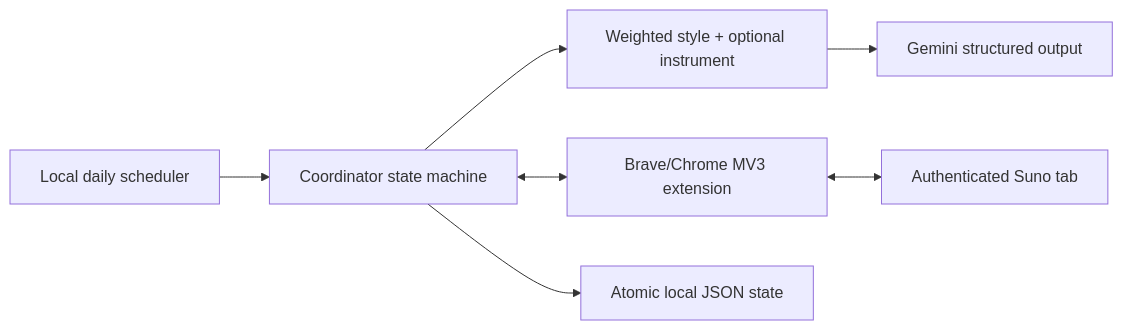
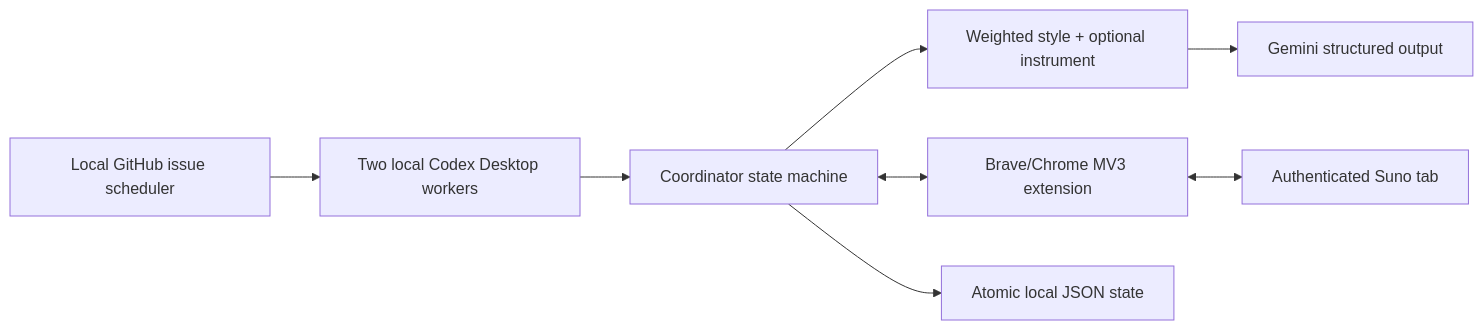
One commit to h-4vok/suno-automation changed the diagram in docs/architecture.md. Above: the diagram before and after it, drawn with Mermaid. The commit also changed other lines of this file and 2 other files, not shown here.

Commit message:
docs(loop): clarify local worker flow
Define GitHub polling, two pre-existing worktrees, and automatic assignment for codex-ready issues.

````diff
--- a/docs/architecture.md
+++ b/docs/architecture.md
@@ -5,9 +5,10 @@
 ```mermaid
 flowchart LR
-  Cron["Local daily scheduler"] --> Coordinator["Coordinator state machine"]
+  Cron["Local GitHub issue scheduler"] --> Workers["Two local Codex Desktop workers"]
+  Workers --> Coordinator["Coordinator state machine"]
   Coordinator --> Domain["Weighted style + optional instrument"]
   Domain --> Gemini["Gemini structured output"]
   Coordinator <--> Extension["Brave/Chrome MV3 extension"]
   Extension <--> Suno["Authenticated Suno tab"]
   Coordinator --> State["Atomic local JSON state"]
 ```
````
